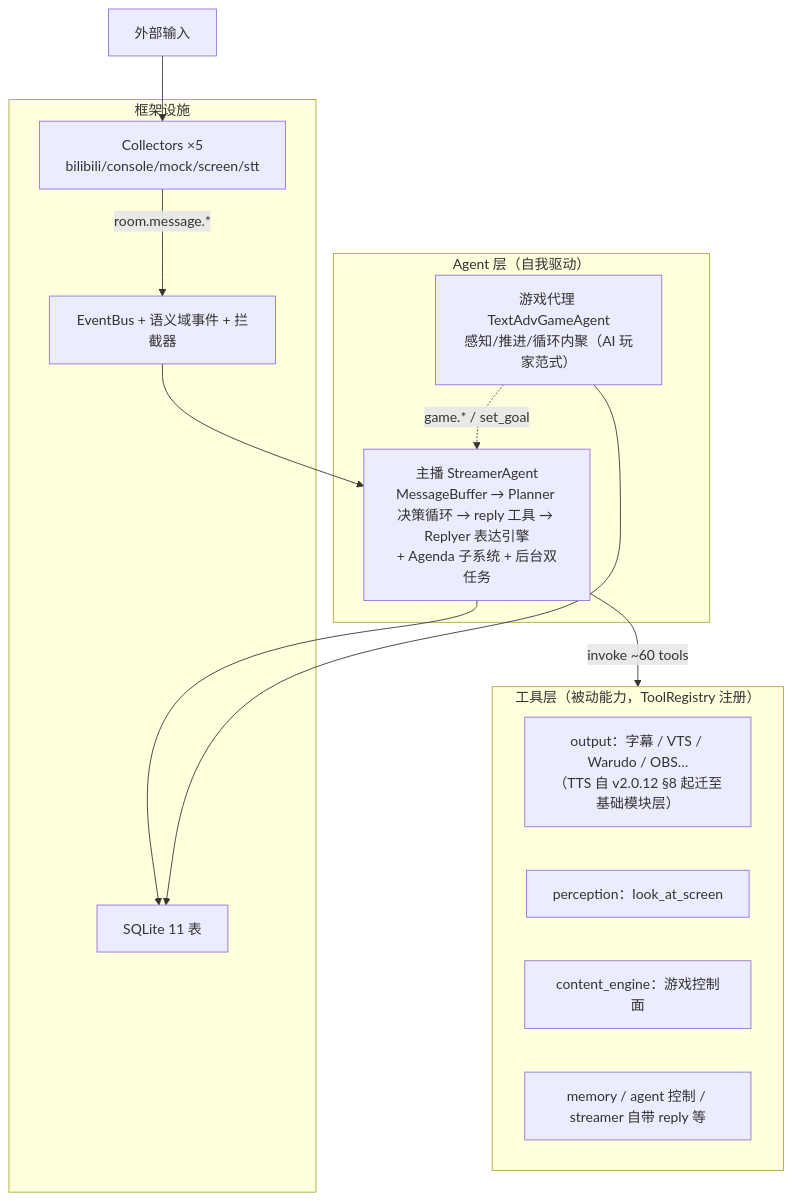
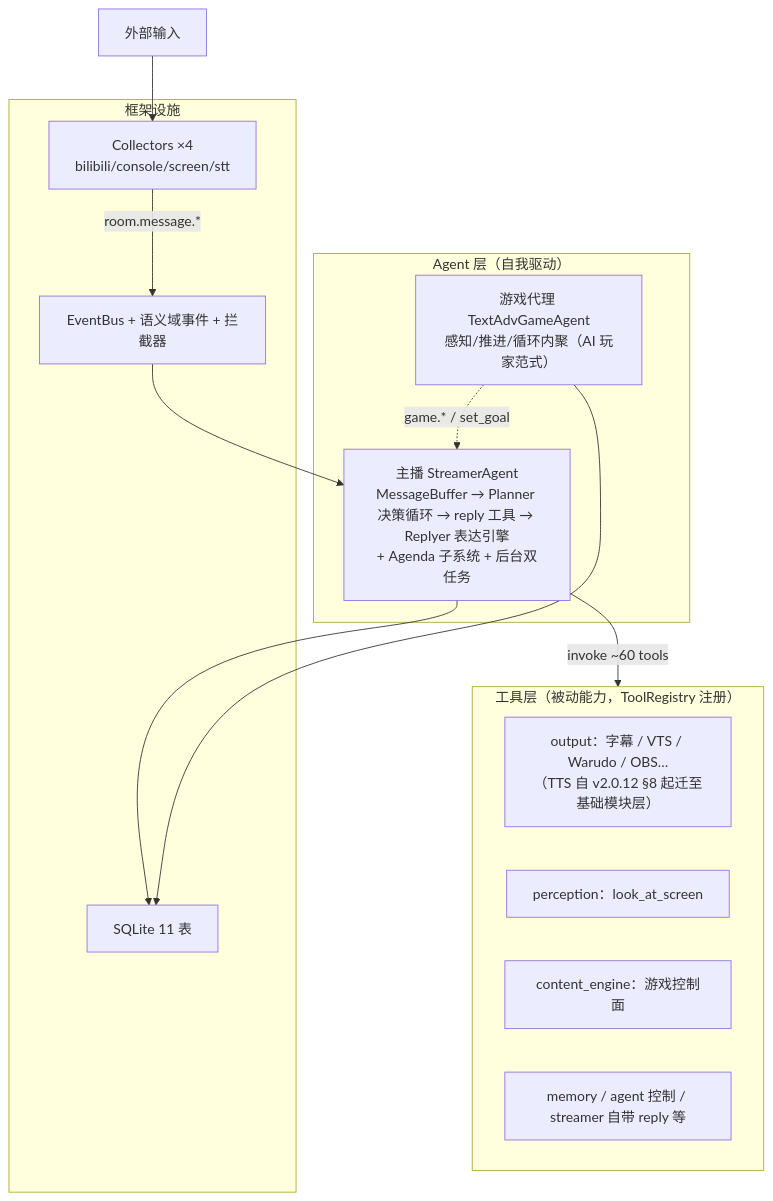
The diagram in docs/architecture/v2-architecture.md (Mai-with-u/Amaidesu), drawn with Mermaid before and after one commit. The commit also changed 51 other files, not shown here.

````diff
--- a/docs/architecture/v2-architecture.md
+++ b/docs/architecture/v2-architecture.md
@@ -109,23 +109,23 @@
 ```mermaid
 flowchart TB
     subgraph Agents["Agent 层（自我驱动）"]
         SA["主播 StreamerAgent<br/>MessageBuffer → Planner 决策循环 → reply 工具 → Replyer 表达引擎<br/>+ Agenda 子系统 + 后台双任务"]
         GA["游戏代理 TextAdvGameAgent<br/>感知/推进/循环内聚（AI 玩家范式）"]
     end
     subgraph Tools["工具层（被动能力，ToolRegistry 注册）"]
         T1["output：字幕 / VTS / Warudo / OBS…<br/>（TTS 自 v2.0.12 §8 起迁至基础模块层）"]
         T2["perception：look_at_screen"]
         T3["content_engine：游戏控制面"]
         T4["memory / agent 控制 / streamer 自带 reply 等"]
     end
     subgraph Infra["框架设施"]
-        COL["Collectors ×5<br/>bilibili/console/mock/screen/stt"]
+        COL["Collectors ×4<br/>bilibili/console/screen/stt"]
         BUS["EventBus + 语义域事件 + 拦截器"]
         STO["SQLite 11 表"]
     end
     EXT["外部输入"] --> COL -->|"room.message.*"| BUS
     BUS --> SA
     GA -.->|"game.* / set_goal"| SA
     SA -->|"invoke ~60 tools"| Tools
     SA & GA --> STO
 ```
````
